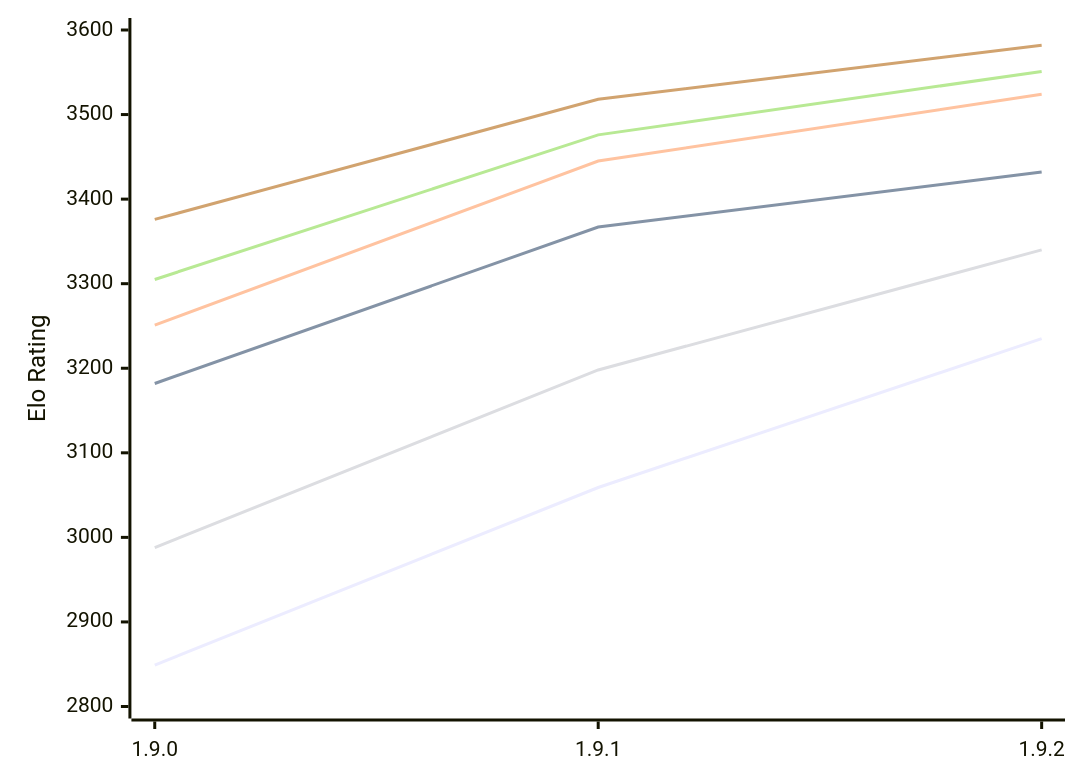
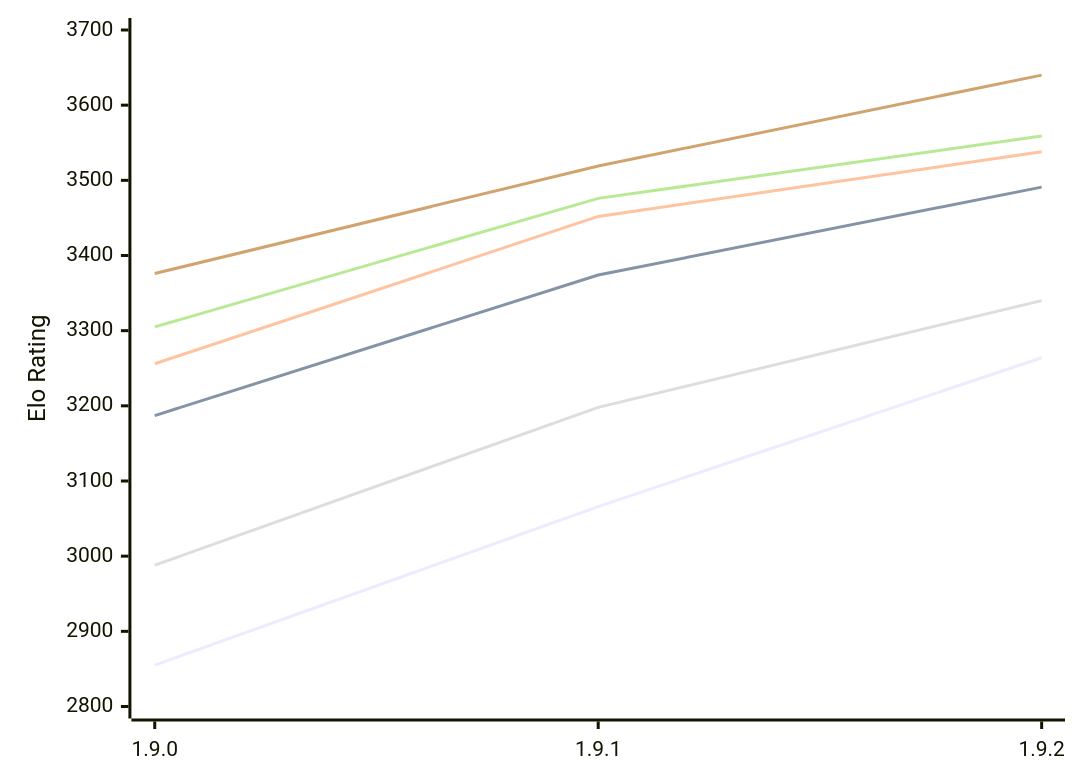
Before and after one commit to computer-chess-index/cci: the diagram in engines/Superpawn.md, drawn with Mermaid. The commit also changed other lines of this file, not shown here.

Commit message:
Update CCI Ratings (ELO VLTC) - 2026-11-10

````diff
--- a/engines/Superpawn.md
+++ b/engines/Superpawn.md
@@ -51,12 +51,12 @@
 ```mermaid
 %%{init: {"theme":"base","themeVariables":{"seriesColors:['#a3a3a3','#222221','#faa371']}}}%%
 xychart-beta
   x-axis ["1.9.0", "1.9.1", "1.9.2"]
-  y-axis "Elo Rating" 2800 --> 3600
-  line "E1: STC (8.0+0.08s)" [2849, 3059, 3235]
-  line "E1: LTC (60.0+0.60s)" [3182, 3367, 3432]
-  line "E1: VLTC (2m24s+1.12s)" [3251, 3445, 3524]
+  y-axis "Elo Rating" 2800 --> 3700
+  line "E1: STC (8.0+0.08s)" [2855, 3066, 3264]
+  line "E1: LTC (60.0+0.60s)" [3187, 3374, 3491]
+  line "E1: VLTC (2m24s+1.12s)" [3256, 3452, 3538]
   line "P1: STC (8.0+0.08s)" [2988, 3198, 3340]
-  line "P1: LTC (60.0+0.60s)" [3305, 3476, 3551]
-  line "P1: VLTC (2m24s+1.12s)" [3376, 3518, 3582]
+  line "P1: LTC (60.0+0.60s)" [3305, 3476, 3559]
+  line "P1: VLTC (2m24s+1.12s)" [3376, 3519, 3640]
 ```
````
